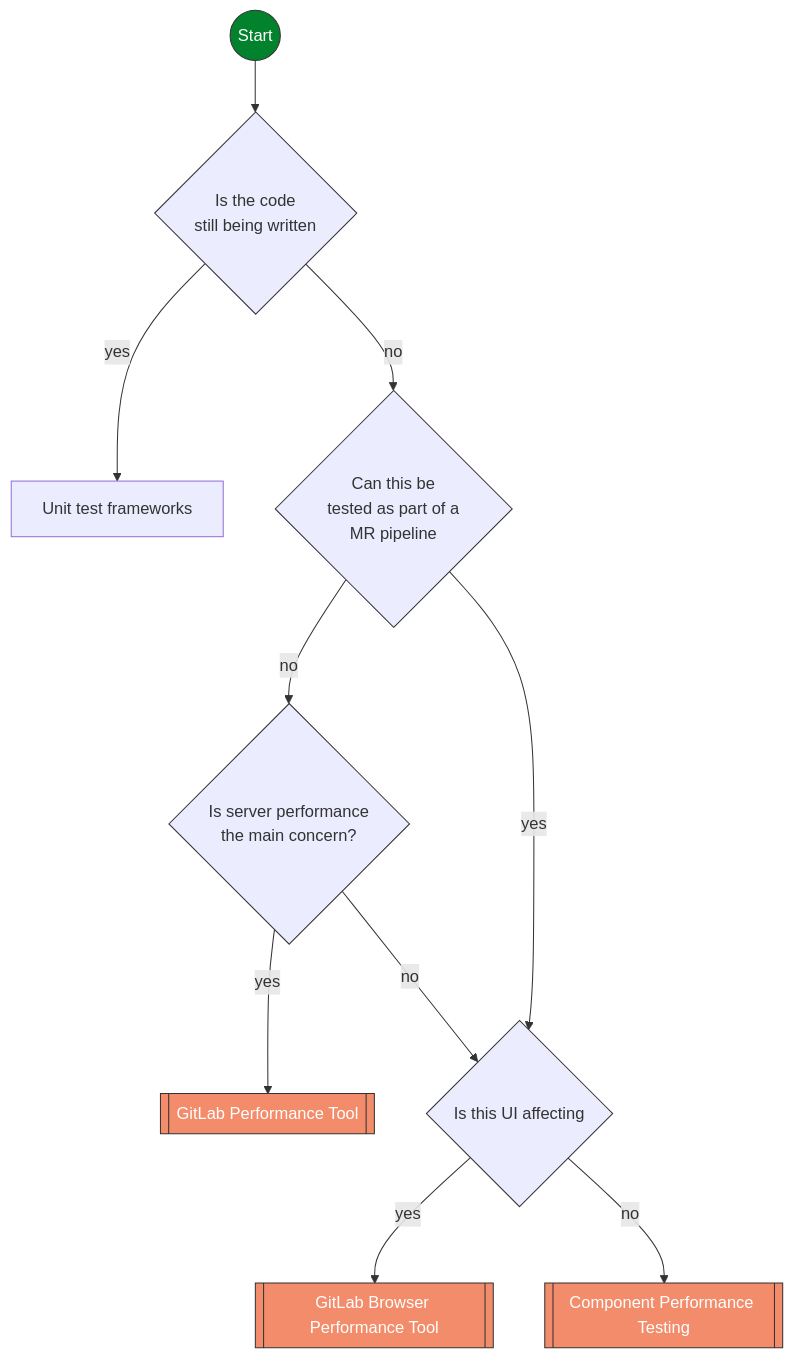
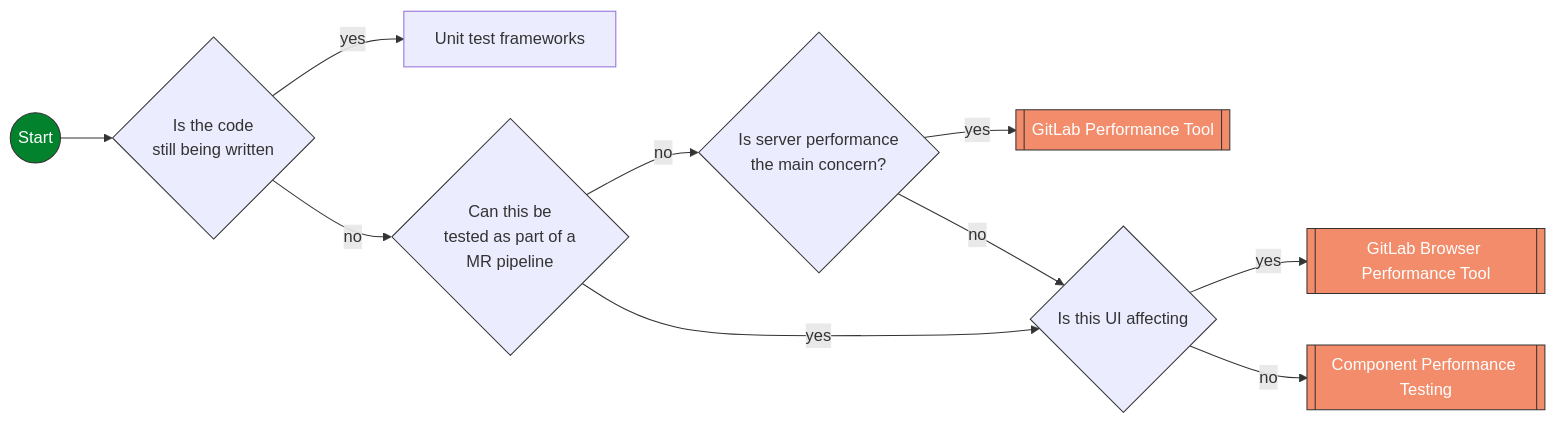
The diagram in content/handbook/engineering/testing/performance.md (zalyoung/gitlab-handbook), drawn with Mermaid before and after one commit.

Commit message:
Shifting Mermaid LR instead of TD

````diff
--- a/content/handbook/engineering/testing/performance.md
+++ b/content/handbook/engineering/testing/performance.md
@@ -9,37 +9,37 @@
 ```mermaid
-flowchart TD
+flowchart LR
   START((Start))
   GPT[[GitLab Performance Tool]]
   GBPT[[GitLab Browser Performance Tool]]
   CPT[[Component Performance Testing]]
   UNIT[Unit test frameworks]
   BUILT{Is the code\nstill being written}
   CODE{Can this be\ntested as part of a\nMR pipeline}
   UI{Is this UI affecting}
   ENV{Is server performance\nthe main concern?}
 
   START --> BUILT
   BUILT -- no --> CODE
   BUILT -- yes --> UNIT
 
   CODE -- yes --> UI
   CODE -- no --> ENV
 
   UI -- yes --> GBPT
   UI -- no --> CPT
 
   ENV -- yes --> GPT
   ENV -- no --> UI
 
   classDef decision fill:##f5f7f6,stroke:#333,stroke-width:1px,rx:5px;
   classDef tool fill:#F28C6B,stroke:#333,stroke-width:1px,color:white,rx:5px;
   classDef start fill:#03822d,stroke:#333,stroke-width:1px,color:white,rx:10px;
 
   class UI,ENV,CODE,BUILT decision;
   class GBPT,CPT,GPT tool;
   class START start;
 
   click GPT "#system-level-load-testing"
   click GBPT "#client-side-performance-testing"
   click CPT "#component-performance-testing"
 ```
````
